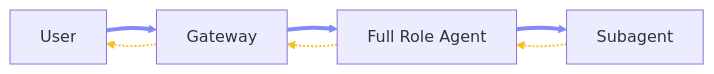
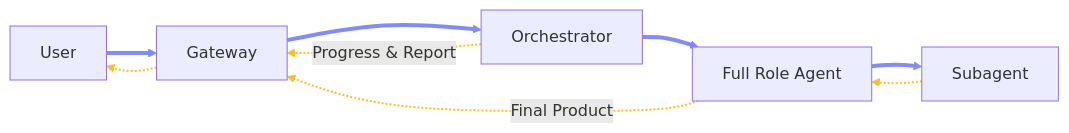
The first of 2 diagrams in content/tab-03.md (nyandesigns0/openclaw-guide), drawn with Mermaid before and after one commit. The commit also changed other lines of this file and 1 other file, not shown here.

Commit message:
docs: add documentation for multi-agent architecture and workspace structure

````diff
--- a/content/tab-03.md
+++ b/content/tab-03.md
@@ -14,14 +14,16 @@
 ```mermaid
 %%{init: {'flowchart': {'arrowMarkerSize': 1.5}}}%%
 flowchart LR
     U[User] ==> G[Gateway]
-    G ==> FRA[Full Role Agent]
+    G ==> O[Orchestrator]
+    O ==> FRA[Full Role Agent]
     FRA ==> SA[Subagent]
     
     SA -.-> FRA
-    FRA -.-> G
+    O -. "Progress & Report" .-> G
+    FRA -. "Final Product" .-> G
     G -.-> U
     
-    linkStyle 0,1,2 stroke:#818cf8,stroke-width:4px
-    linkStyle 3,4,5 stroke:#fbbf24,stroke-width:2px
+    linkStyle 0,1,2,3 stroke:#818cf8,stroke-width:4px
+    linkStyle 4,5,6,7 stroke:#fbbf24,stroke-width:2px
 ```
````
